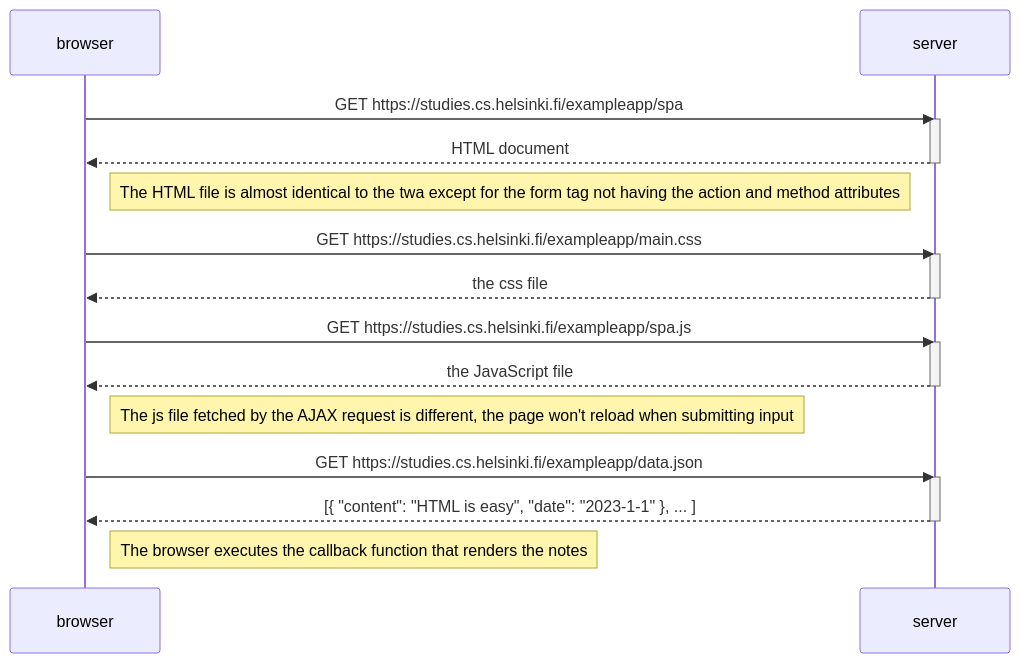
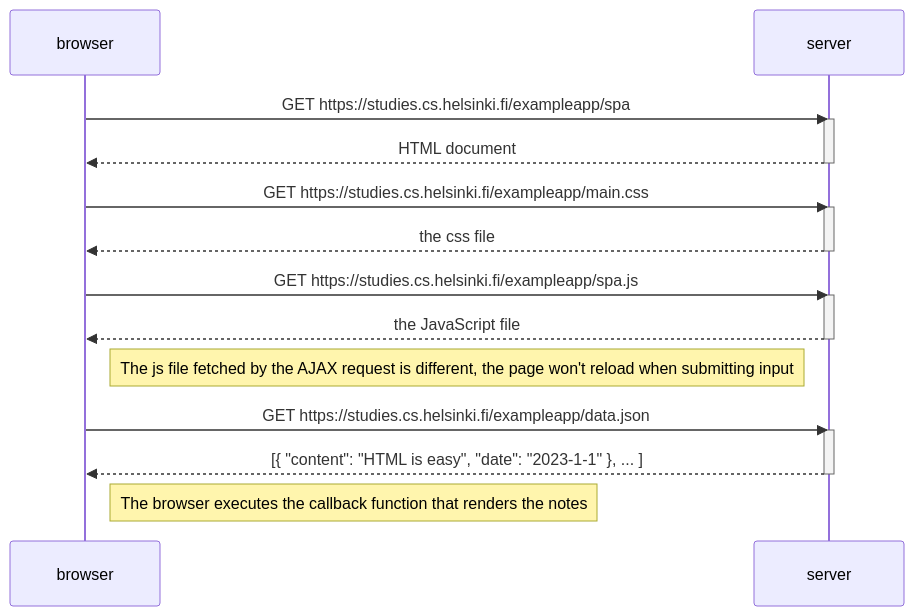
One commit to Giuva-Sergi/full-stack-open changed the diagram in part-0/0.5.md. Above: the diagram before and after it, drawn with Mermaid.

````diff
--- a/part-0/0.5.md
+++ b/part-0/0.5.md
@@ -1,30 +1,29 @@
 ```mermaid
 sequenceDiagram
 participant browser
 participant server
 
     browser->>server: GET https://studies.cs.helsinki.fi/exampleapp/spa
     activate server
     server-->>browser: HTML document
     deactivate server
-    Note right of browser: The HTML file is almost identical to the twa except for the form tag not having the action and method attributes
 
     browser->>server: GET https://studies.cs.helsinki.fi/exampleapp/main.css
     activate server
     server-->>browser: the css file
     deactivate server
 
     browser->>server: GET https://studies.cs.helsinki.fi/exampleapp/spa.js
     activate server
     server-->>browser: the JavaScript file
     deactivate server
 
     Note right of browser: The js file fetched by the AJAX request is different, the page won't reload when submitting input
 
     browser->>server: GET https://studies.cs.helsinki.fi/exampleapp/data.json
     activate server
     server-->>browser: [{ "content": "HTML is easy", "date": "2023-1-1" }, ... ]
     deactivate server
 
     Note right of browser: The browser executes the callback function that renders the notes
 ```
````
